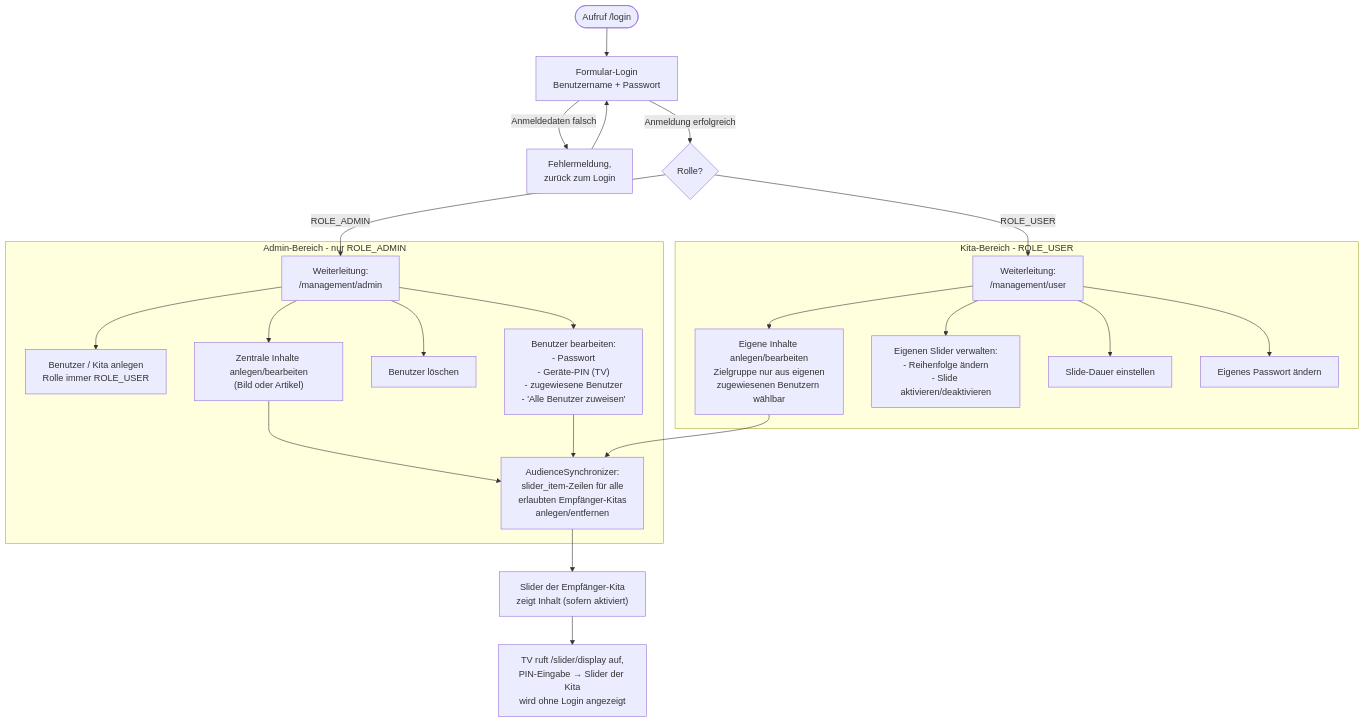
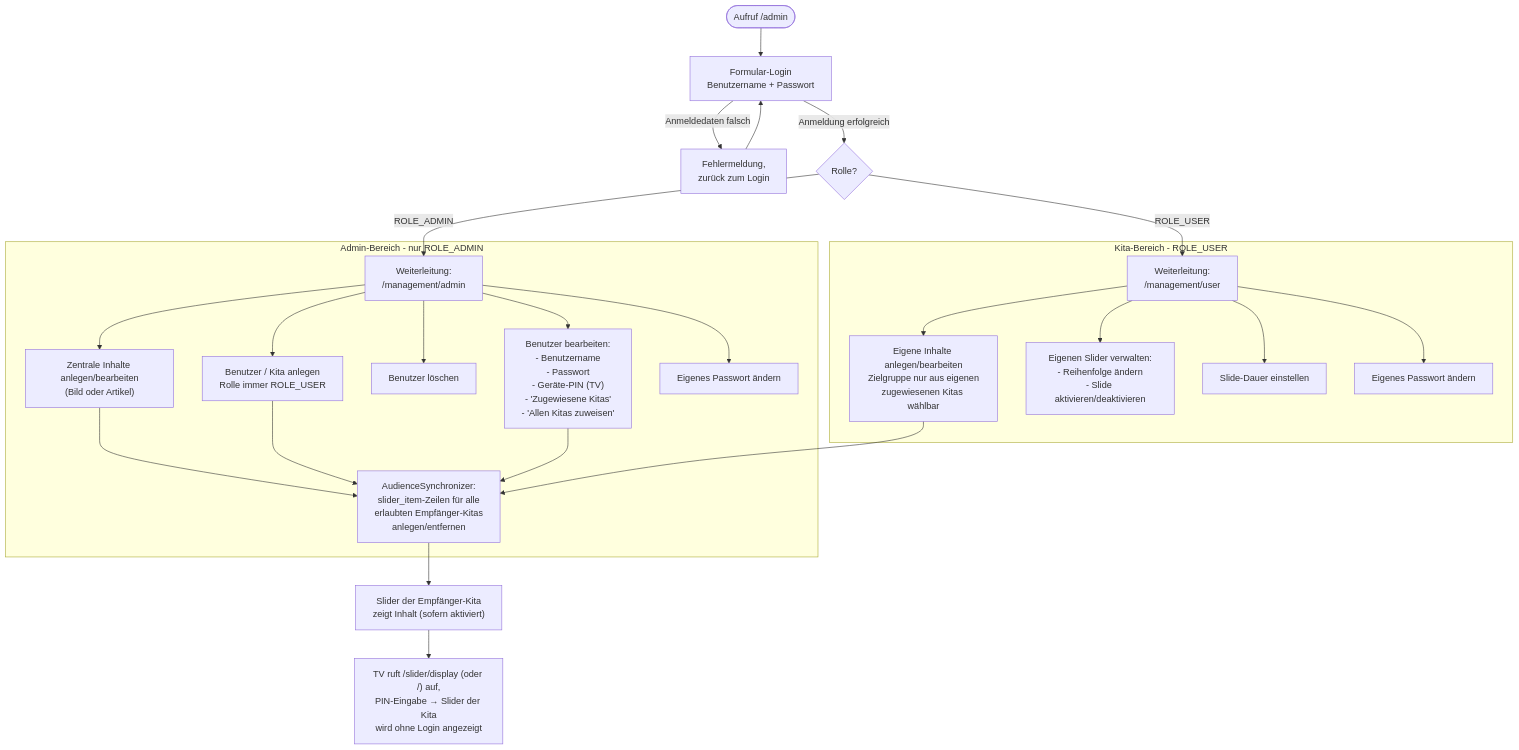
The first of 4 diagrams in docs/autorisierung-und-benutzerverwaltung.md (TimothyRoth/kitamanager), drawn with Mermaid before and after one commit. The commit also changed other lines of this file and 67 other files, not shown here.

````diff
--- a/docs/autorisierung-und-benutzerverwaltung.md
+++ b/docs/autorisierung-und-benutzerverwaltung.md
@@ -16,31 +16,33 @@
 ```mermaid
 flowchart TD
-    Start([Aufruf /login]) --> Login[Formular-Login\nBenutzername + Passwort]
+    Start([Aufruf /admin]) --> Login[Formular-Login\nBenutzername + Passwort]
     Login -->|Anmeldedaten falsch| LoginFehler[Fehlermeldung,\nzurück zum Login]
     LoginFehler --> Login
     Login -->|Anmeldung erfolgreich| RolleCheck{Rolle?}
 
     RolleCheck -->|ROLE_ADMIN| AdminDash["Weiterleitung:\n/management/admin"]
     RolleCheck -->|ROLE_USER| UserDash["Weiterleitung:\n/management/user"]
 
     subgraph AdminBereich [Admin-Bereich - nur ROLE_ADMIN]
         AdminDash --> A1[Benutzer / Kita anlegen\nRolle immer ROLE_USER]
-        AdminDash --> A2["Benutzer bearbeiten:\n- Passwort\n- Geräte-PIN (TV)\n- zugewiesene Benutzer\n- 'Alle Benutzer zuweisen'"]
+        AdminDash --> A2["Benutzer bearbeiten:\n- Benutzername\n- Passwort\n- Geräte-PIN (TV)\n- 'Zugewiesene Kitas'\n- 'Allen Kitas zuweisen'"]
         AdminDash --> A3[Benutzer löschen]
         AdminDash --> A4["Zentrale Inhalte anlegen/bearbeiten\n(Bild oder Artikel)"]
+        AdminDash --> A5[Eigenes Passwort ändern]
         A4 --> Sync
+        A1 --> Sync
         A2 --> Sync["AudienceSynchronizer:\nslider_item-Zeilen für alle\nerlaubten Empfänger-Kitas\nanlegen/entfernen"]
     end
 
     subgraph UserBereich [Kita-Bereich - ROLE_USER]
-        UserDash --> U1["Eigene Inhalte anlegen/bearbeiten\nZielgruppe nur aus eigenen\nzugewiesenen Benutzern wählbar"]
+        UserDash --> U1["Eigene Inhalte anlegen/bearbeiten\nZielgruppe nur aus eigenen\nzugewiesenen Kitas wählbar"]
         UserDash --> U2["Eigenen Slider verwalten:\n- Reihenfolge ändern\n- Slide aktivieren/deaktivieren"]
         UserDash --> U3[Slide-Dauer einstellen]
         UserDash --> U4[Eigenes Passwort ändern]
         U1 --> Sync
     end
 
     Sync --> Slider["Slider der Empfänger-Kita\nzeigt Inhalt (sofern aktiviert)"]
 
-    Slider --> TV["TV ruft /slider/display auf,\nPIN-Eingabe → Slider der Kita\nwird ohne Login angezeigt"]
+    Slider --> TV["TV ruft /slider/display (oder /) auf,\nPIN-Eingabe → Slider der Kita\nwird ohne Login angezeigt"]
 ```
````
